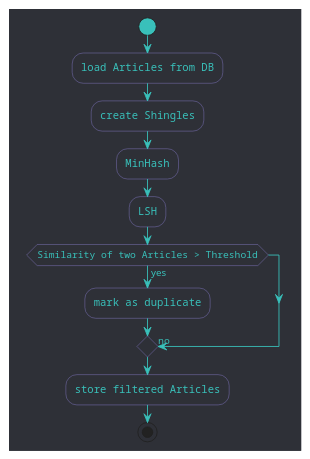
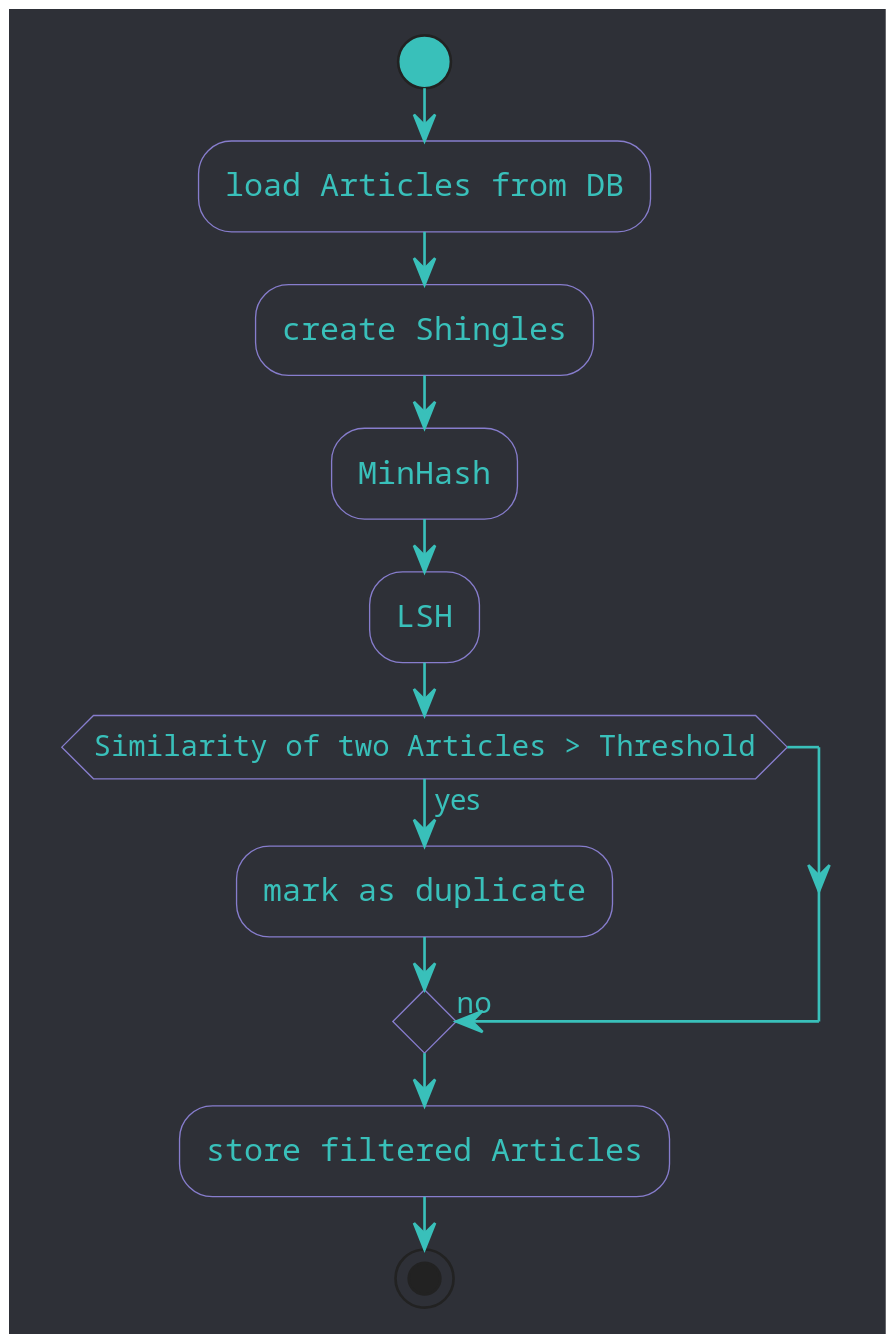
One commit to roechi/ISys_duplicate_filter changed the diagram in project_resources/process_filter.puml. Above: the diagram before and after it, drawn with PlantUML. The commit also changed 3 other files, not shown here.

Commit message:
Scale diagrams

```diff
--- a/project_resources/process_filter.puml
+++ b/project_resources/process_filter.puml
@@ -1,37 +1,39 @@
 @startuml
+
+scale 3
 
 skinparam shadowing false
 skinparam backgroundColor #2e3037
 skinparam arrowColor #39c0ba
 skinparam defaultFontColor #39c0ba
 
 skinparam activity {
   StartColor #39c0ba
   EndColor #39c0ba
   BarColor #39c0ba
   BackgroundColor #2e3037
   BorderColor #877dcd
   FontName Courier
   DiamondBackgroundColor #2e3037
   DiamondBorderColor #877dcd
 }
 
 skinparam note {
   BackgroundColor #2e3037
   BorderColor #877dcd
   FontName Courier
 }
 
 start
   :load Articles from DB;
 	:create Shingles;
 	:MinHash;
 	:LSH;
     if (Similarity of two Articles > Threshold) then (yes)
       :mark as duplicate;
     else
-      ->no; 
+      ->no;
     endif
 	:store filtered Articles;
 stop
 @enduml
```
